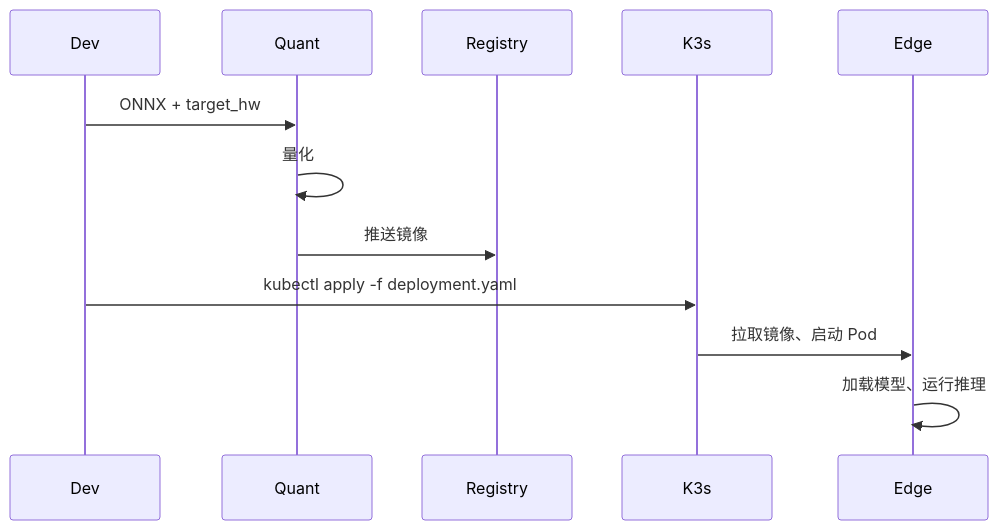
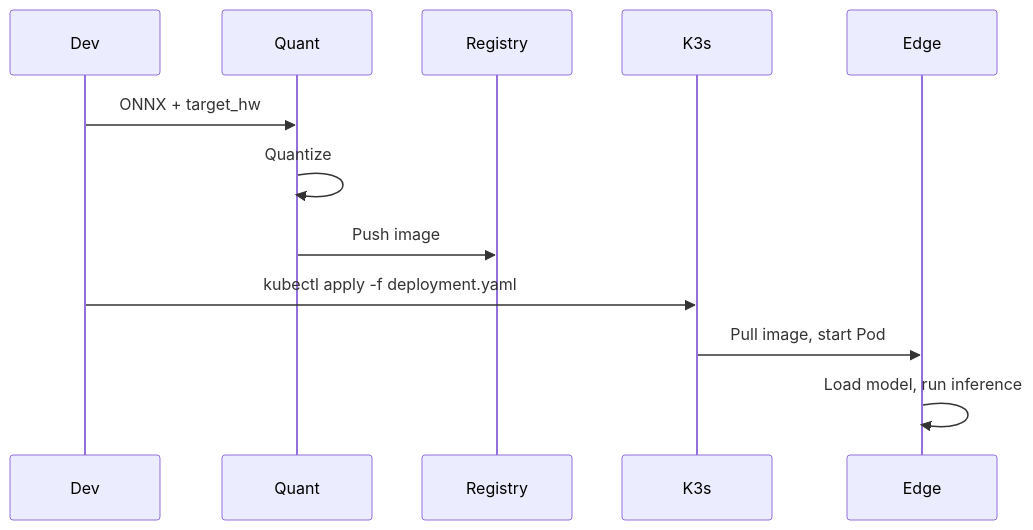
The second of 2 diagrams in docs/architecture/03_orchestration_layer.md (JeffRen1977/smartCamera), drawn with Mermaid before and after one commit. The commit also changed other lines of this file and 36 other files, not shown here.

````diff
--- a/docs/architecture/03_orchestration_layer.md
+++ b/docs/architecture/03_orchestration_layer.md
@@ -125,15 +125,15 @@
 ```mermaid
 sequenceDiagram
     participant Dev
     participant Quant
     participant Registry
     participant K3s
     participant Edge
 
     Dev->>Quant: ONNX + target_hw
-    Quant->>Quant: 量化
-    Quant->>Registry: 推送镜像
+    Quant->>Quant: Quantize
+    Quant->>Registry: Push image
     Dev->>K3s: kubectl apply -f deployment.yaml
-    K3s->>Edge: 拉取镜像、启动 Pod
-    Edge->>Edge: 加载模型、运行推理
+    K3s->>Edge: Pull image, start Pod
+    Edge->>Edge: Load model, run inference
 ```
````
